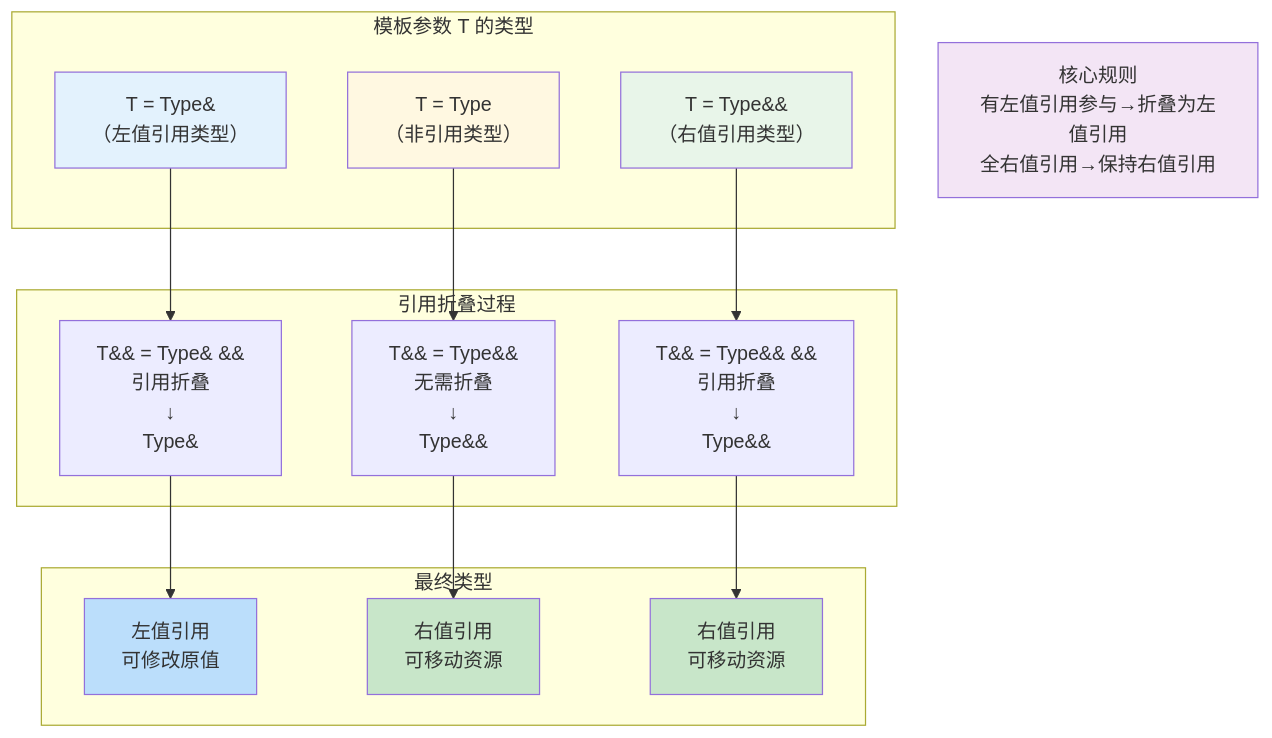
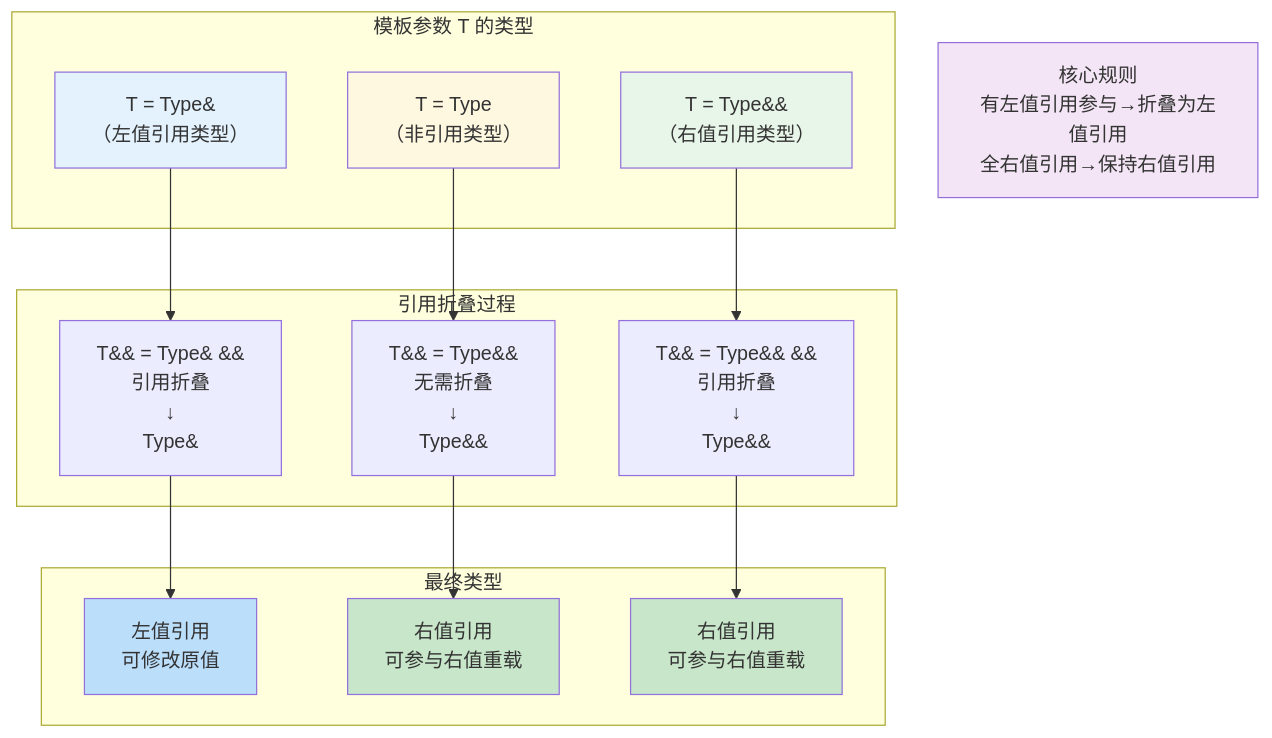
Before and after one commit to mlbo/cpp_learning: the second of 5 diagrams in week_04/day_24/README.md, drawn with Mermaid. The commit also changed other lines of this file and 675 other files, not shown here.

````diff
--- a/week_04/day_24/README.md
+++ b/week_04/day_24/README.md
@@ -225,34 +248,34 @@
 ```mermaid
 flowchart TB
     subgraph 输入类型["模板参数 T 的类型"]
         T_LV["T = Type&<br/>（左值引用类型）"]
         T_NV["T = Type<br/>（非引用类型）"]
         T_RV["T = Type&&<br/>（右值引用类型）"]
     end
     
     subgraph 折叠过程["引用折叠过程"]
         COLLAPSE_LV["T&& = Type& &&<br/>引用折叠<br/>↓<br/>Type&"]
         COLLAPSE_NV["T&& = Type&&<br/>无需折叠<br/>↓<br/>Type&&"]
         COLLAPSE_RV["T&& = Type&& &&<br/>引用折叠<br/>↓<br/>Type&&"]
     end
     
     subgraph 结果["最终类型"]
         RES_LV["左值引用<br/>可修改原值"]
-        RES_RV1["右值引用<br/>可移动资源"]
-        RES_RV2["右值引用<br/>可移动资源"]
+        RES_RV1["右值引用<br/>可参与右值重载"]
+        RES_RV2["右值引用<br/>可参与右值重载"]
     end
     
     T_LV --> COLLAPSE_LV --> RES_LV
     T_NV --> COLLAPSE_NV --> RES_RV1
     T_RV --> COLLAPSE_RV --> RES_RV2
     
     RULE["核心规则<br/>有左值引用参与→折叠为左值引用<br/>全右值引用→保持右值引用"]
     
     style T_LV fill:#e3f2fd
     style T_NV fill:#fff8e1
     style T_RV fill:#e8f5e9
     style RES_LV fill:#bbdefb
     style RES_RV1 fill:#c8e6c9
     style RES_RV2 fill:#c8e6c9
     style RULE fill:#f3e5f5
 ```
````
